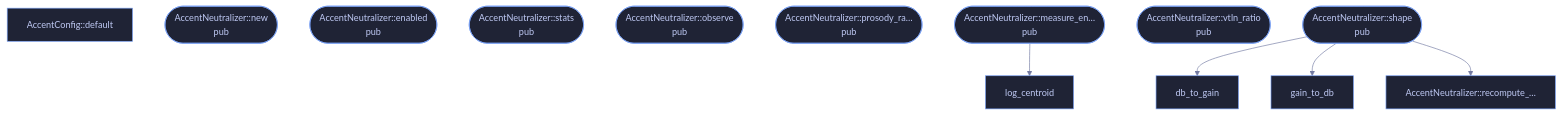
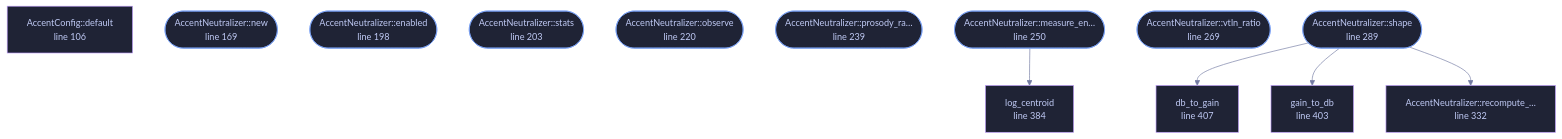
Before and after one commit to tilas01/veilvoice: the diagram in wiki/File-veilvoice-core-accent.md, drawn with Mermaid. The commit also changed other lines of this file and 182 other files, not shown here.

````diff
--- a/wiki/File-veilvoice-core-accent.md
+++ b/wiki/File-veilvoice-core-accent.md
@@ -63,21 +88,25 @@
 ```mermaid
 %%{init: {"theme":"base","themeVariables":{"background":"#1a1b26","primaryColor":"#1f2335","primaryTextColor":"#c0caf5","primaryBorderColor":"#7aa2f7","secondaryColor":"#16161e","tertiaryColor":"#16161e","lineColor":"#737aa2","textColor":"#c0caf5","mainBkg":"#1f2335","nodeBorder":"#7aa2f7","clusterBkg":"#16161e","clusterBorder":"#2f3549","fontFamily":"ui-monospace, SFMono-Regular, Consolas, monospace","fontSize":"14px"}}}%%
 flowchart TD
-    n_default["AccentConfig::default"]
-    n_new(["AccentNeutralizer::new<br/>pub"])
-    n_enabled(["AccentNeutralizer::enabled<br/>pub"])
-    n_stats(["AccentNeutralizer::stats<br/>pub"])
-    n_observe(["AccentNeutralizer::observe<br/>pub"])
-    n_prosody_ratio(["AccentNeutralizer::prosody_ra…<br/>pub"])
-    n_measure_envelope(["AccentNeutralizer::measure_en…<br/>pub"])
-    n_vtln_ratio(["AccentNeutralizer::vtln_ratio<br/>pub"])
-    n_shape(["AccentNeutralizer::shape<br/>pub"])
-    n_recompute_shape["AccentNeutralizer::recompute_…"]
-    n_log_centroid["log_centroid"]
-    n_gain_to_db["gain_to_db"]
-    n_db_to_gain["db_to_gain"]
+    n_default["AccentConfig::default<br/>line 106"]
+    n_new(["AccentNeutralizer::new<br/>line 169"])
+    n_enabled(["AccentNeutralizer::enabled<br/>line 198"])
+    n_stats(["AccentNeutralizer::stats<br/>line 203"])
+    n_observe(["AccentNeutralizer::observe<br/>line 220"])
+    n_prosody_ratio(["AccentNeutralizer::prosody_ra…<br/>line 239"])
+    n_measure_envelope(["AccentNeutralizer::measure_en…<br/>line 250"])
+    n_vtln_ratio(["AccentNeutralizer::vtln_ratio<br/>line 269"])
+    n_shape(["AccentNeutralizer::shape<br/>line 289"])
+    n_recompute_shape["AccentNeutralizer::recompute_…<br/>line 332"]
+    n_log_centroid["log_centroid<br/>line 384"]
+    n_gain_to_db["gain_to_db<br/>line 403"]
+    n_db_to_gain["db_to_gain<br/>line 407"]
     n_measure_envelope --> n_log_centroid
     n_shape --> n_db_to_gain
     n_shape --> n_gain_to_db
     n_shape --> n_recompute_shape
+    classDef entry fill:#1f2335,stroke:#7aa2f7,color:#c0caf5
+    class n_new,n_enabled,n_stats,n_observe,n_prosody_ratio,n_measure_envelope,n_vtln_ratio,n_shape entry
+    classDef helper fill:#1f2335,stroke:#bb9af7,color:#c0caf5
+    class n_default,n_recompute_shape,n_log_centroid,n_gain_to_db,n_db_to_gain helper
 ```
````
